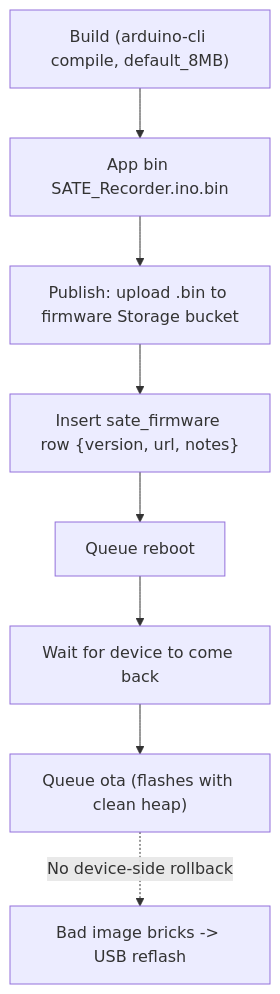
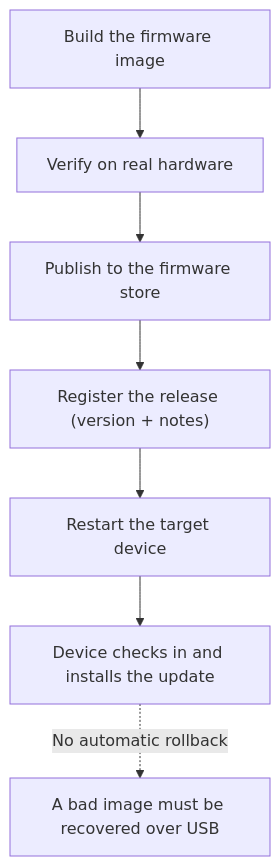
Before and after one commit to Longcao24/sate-companion: the diagram in docs-site/docs/operations/firmware-release.md, drawn with Mermaid. The commit also changed other lines of this file and 17 other files, not shown here.

First line of the commit message:
docs-site: generalize published docs + add system-overview diagram

````diff
--- a/docs-site/docs/operations/firmware-release.md
+++ b/docs-site/docs/operations/firmware-release.md
@@ -17,10 +18,9 @@
 ```mermaid
 flowchart TD
-    A["Build (arduino-cli compile, default_8MB)"] --> B["App bin SATE_Recorder.ino.bin"]
-    B --> C["Publish: upload .bin to firmware Storage bucket"]
-    C --> D["Insert sate_firmware row {version, url, notes}"]
-    D --> E["Queue reboot"]
-    E --> F["Wait for device to come back"]
-    F --> G["Queue ota (flashes with clean heap)"]
-    G -.->|No device-side rollback| H["Bad image bricks -> USB reflash"]
+    A["Build the firmware image"] --> B["Verify on real hardware"]
+    B --> C["Publish to the firmware store"]
+    C --> D["Register the release (version + notes)"]
+    D --> E["Restart the target device"]
+    E --> F["Device checks in and installs the update"]
+    F -.->|No automatic rollback| G["A bad image must be recovered over USB"]
 ```
````
